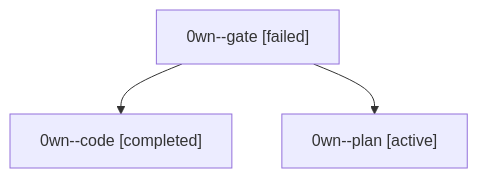
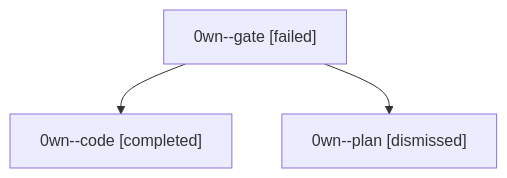
The diagram in sessions/bbugyi200.athena.0wn.md (bobs-org/bob-cli--agents), drawn with Mermaid before and after one commit. The commit also changed other lines of this file and 25 other files, not shown here.

````diff
--- a/sessions/bbugyi200.athena.0wn.md
+++ b/sessions/bbugyi200.athena.0wn.md
@@ -9,8 +9,8 @@
 ```mermaid
 flowchart TD
   n0["0wn--gate [failed]"]
   n1["0wn--code [completed]"]
   n0 --> n1
-  n2["0wn--plan [active]"]
+  n2["0wn--plan [dismissed]"]
   n0 --> n2
 ```
````
